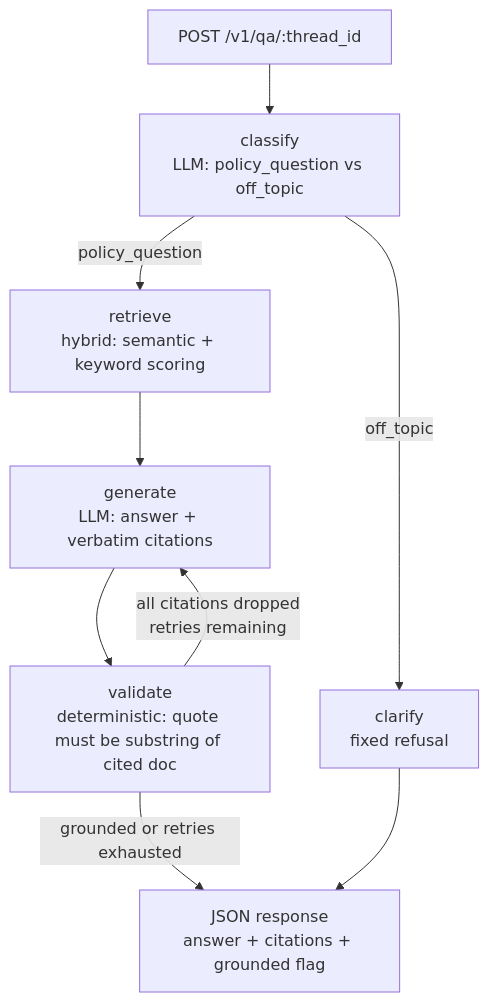
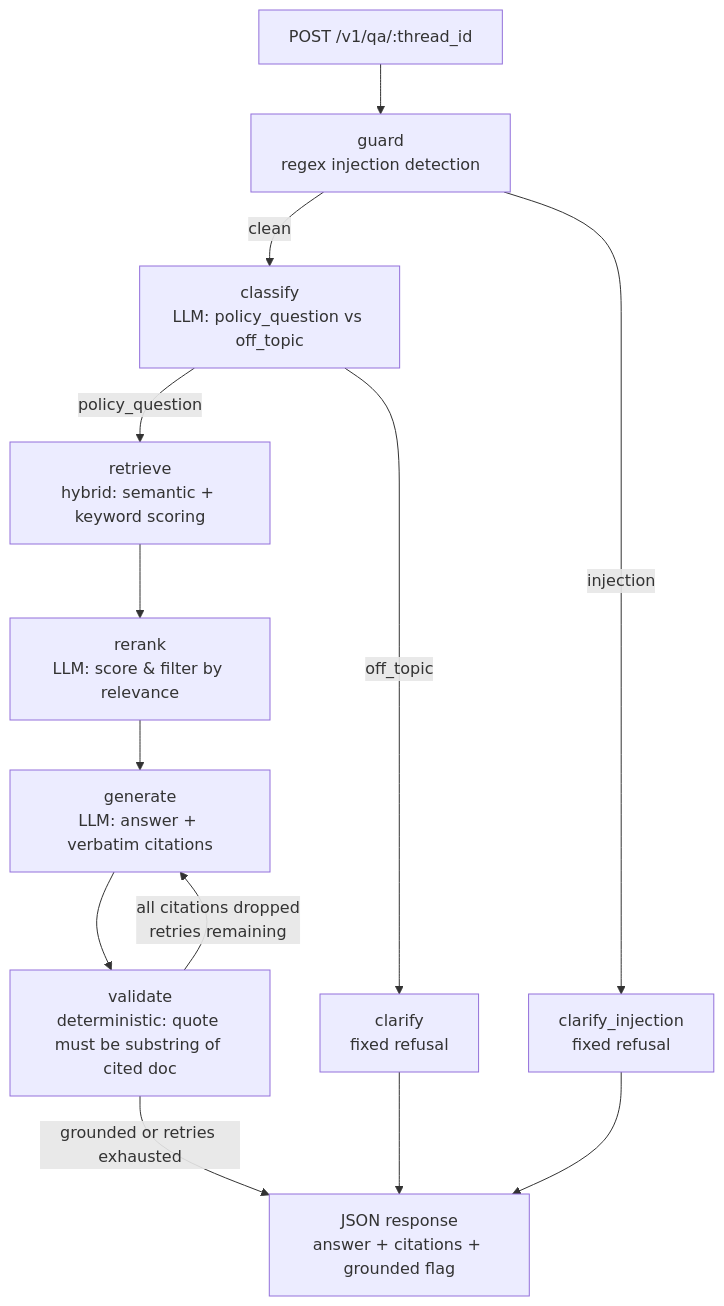
One commit to dhananjay8/langgraph-policy-qa-poc changed the diagram in README.md. Above: the diagram before and after it, drawn with Mermaid. The commit also changed other lines of this file and 7 other files, not shown here.

````diff
--- a/README.md
+++ b/README.md
@@ -10,11 +10,15 @@
 ```mermaid
 graph TD
-    A[POST /v1/qa/:thread_id] --> B[classify<br/>LLM: policy_question vs off_topic]
+    A[POST /v1/qa/:thread_id] --> G0[guard<br/>regex injection detection]
+    G0 -->|clean| B[classify<br/>LLM: policy_question vs off_topic]
+    G0 -->|injection| D2[clarify_injection<br/>fixed refusal]
     B -->|policy_question| C[retrieve<br/>hybrid: semantic + keyword scoring]
     B -->|off_topic| D[clarify<br/>fixed refusal]
-    C --> E[generate<br/>LLM: answer + verbatim citations]
+    C --> R[rerank<br/>LLM: score & filter by relevance]
+    R --> E[generate<br/>LLM: answer + verbatim citations]
     E --> F[validate<br/>deterministic: quote must be substring of cited doc]
     F -->|all citations dropped<br/>retries remaining| E
-    F -->|grounded or retries exhausted| G[JSON response<br/>answer + citations + grounded flag]
-    D --> G
+    F -->|grounded or retries exhausted| H[JSON response<br/>answer + citations + grounded flag]
+    D --> H
+    D2 --> H
 ```
````
